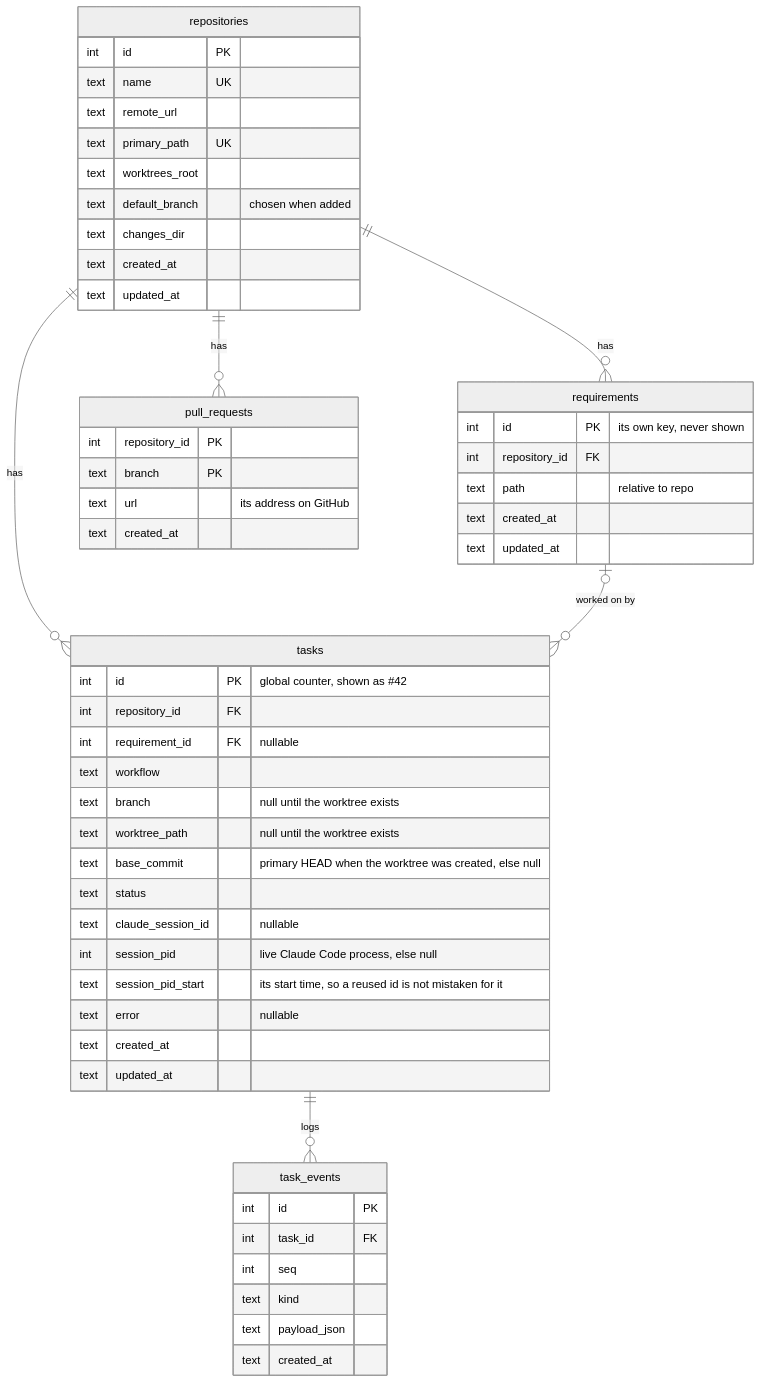
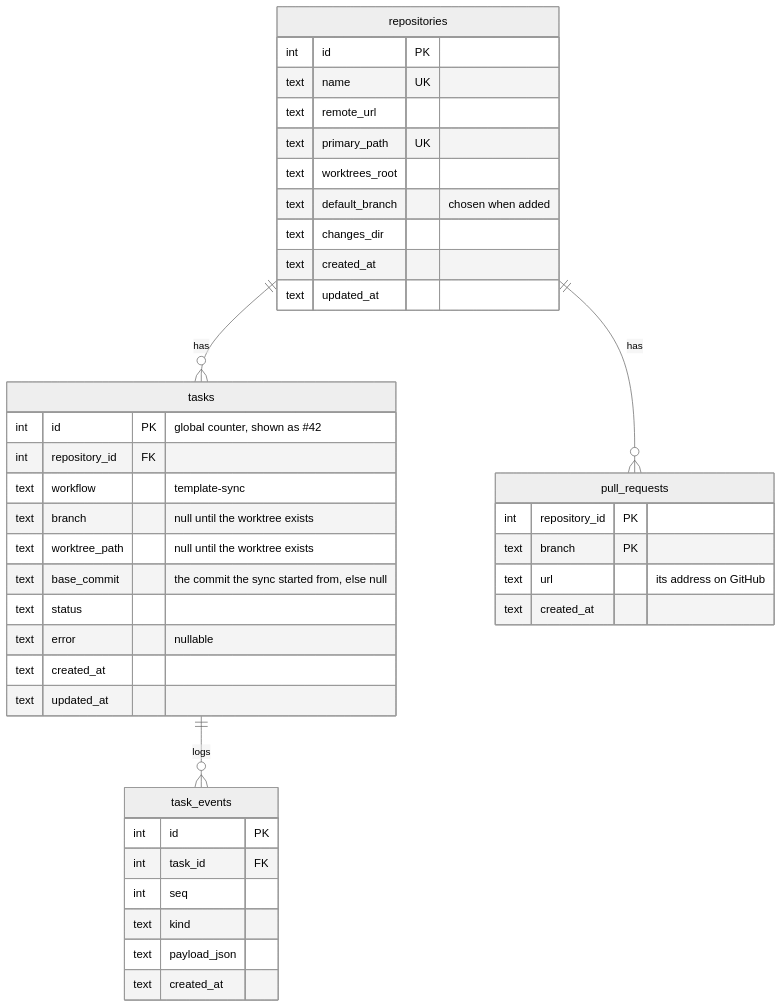
One commit to eliveikis/repocop changed the second of 5 diagrams in specs/architecture.md. Above: the diagram before and after it, drawn with Mermaid (neutral theme). The commit also changed other lines of this file and 101 other files, not shown here.

````diff
--- a/specs/architecture.md
+++ b/specs/architecture.md
@@ -75,57 +63,44 @@
 ```mermaid
 erDiagram
-    repositories ||--o{ requirements : has
     repositories ||--o{ tasks : has
-    requirements |o--o{ tasks : "worked on by"
     tasks ||--o{ task_events : logs
     repositories ||--o{ pull_requests : has
 
     repositories {
         int id PK
         text name UK
         text remote_url
         text primary_path UK
         text worktrees_root
         text default_branch "chosen when added"
         text changes_dir
         text created_at
         text updated_at
     }
-    requirements {
-        int id PK "its own key, never shown"
-        int repository_id FK
-        text path "relative to repo"
-        text created_at
-        text updated_at
-    }
     tasks {
         int id PK "global counter, shown as #42"
         int repository_id FK
-        int requirement_id FK "nullable"
-        text workflow
+        text workflow "template-sync"
         text branch "null until the worktree exists"
         text worktree_path "null until the worktree exists"
-        text base_commit "primary HEAD when the worktree was created, else null"
+        text base_commit "the commit the sync started from, else null"
         text status
-        text claude_session_id "nullable"
-        int session_pid "live Claude Code process, else null"
-        text session_pid_start "its start time, so a reused id is not mistaken for it"
         text error "nullable"
         text created_at
         text updated_at
     }
     task_events {
         int id PK
         int task_id FK
         int seq
         text kind
         text payload_json
         text created_at
     }
     pull_requests {
         int repository_id PK
         text branch PK
         text url "its address on GitHub"
         text created_at
     }
 ```
````
